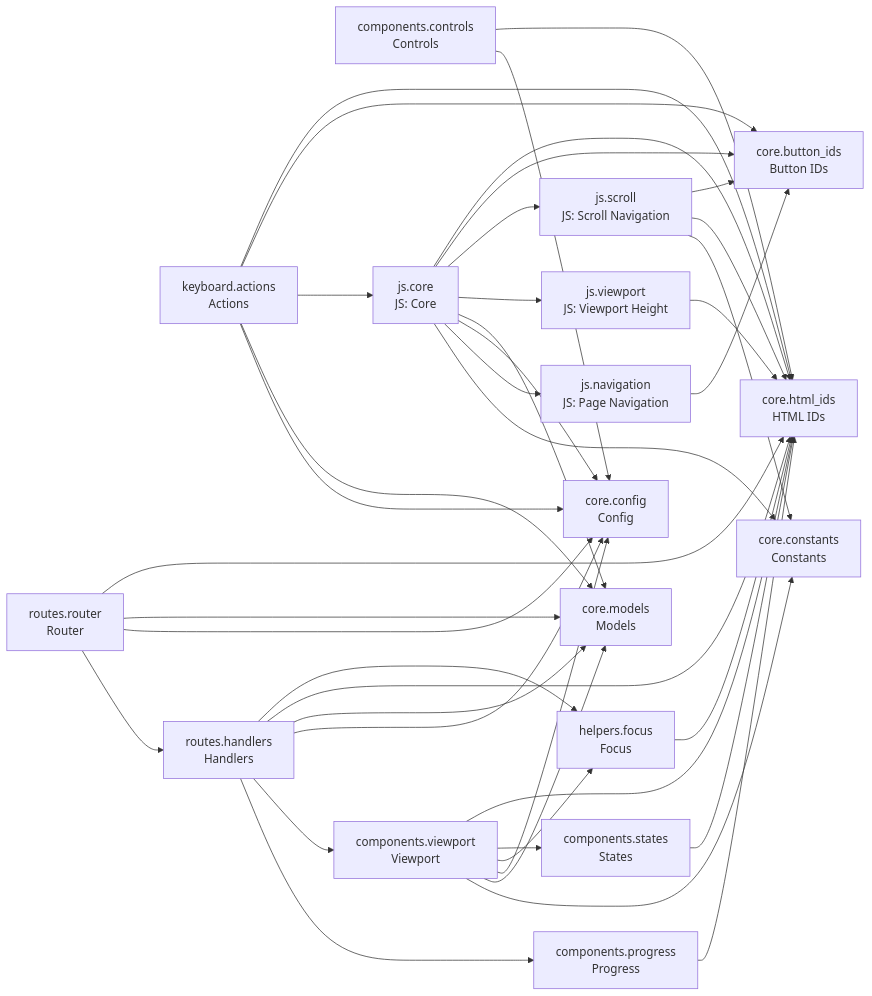
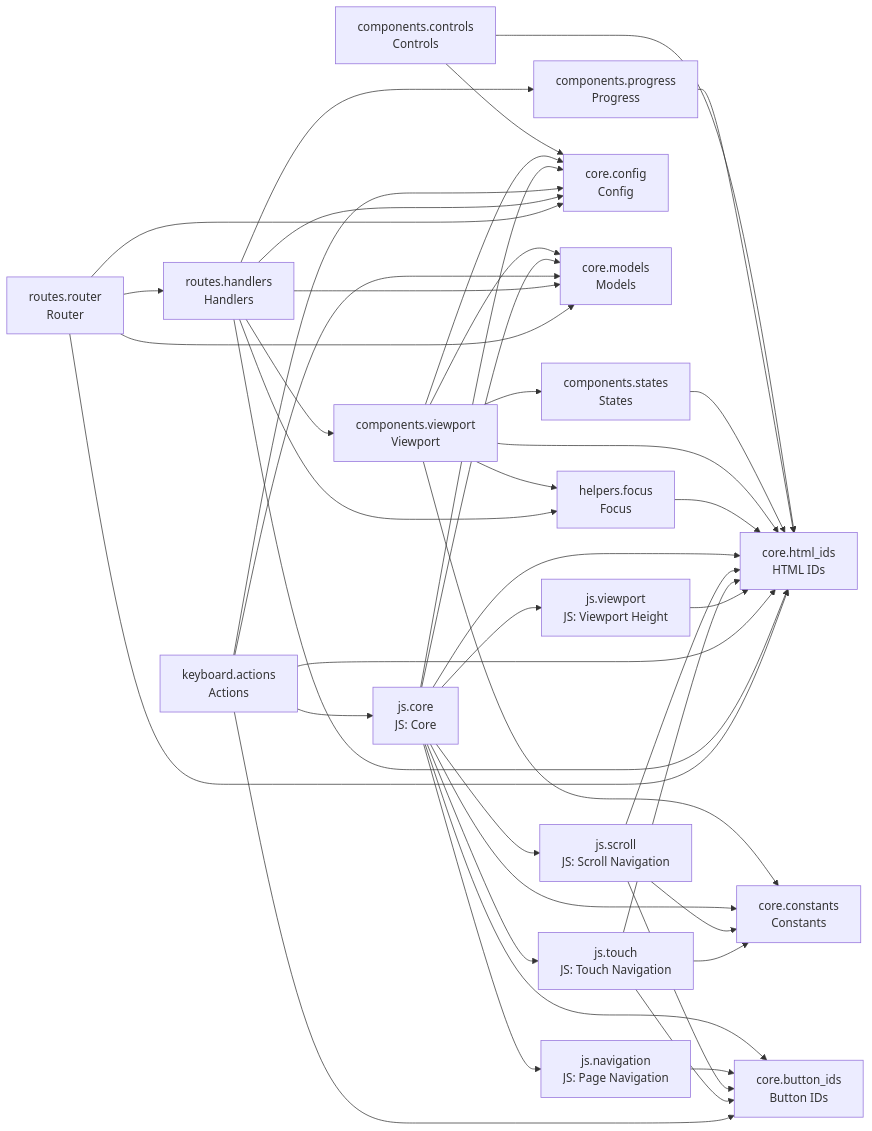
One commit to cj-mills/cjm-fasthtml-card-stack changed the diagram in README.md. Above: the diagram before and after it, drawn with Mermaid. The commit also changed other lines of this file and 10 other files, not shown here.

````diff
--- a/README.md
+++ b/README.md
@@ -43,60 +44,65 @@
 ``` mermaid
 graph LR
     components_controls[components.controls<br/>Controls]
     components_progress[components.progress<br/>Progress]
     components_states[components.states<br/>States]
     components_viewport[components.viewport<br/>Viewport]
     core_button_ids[core.button_ids<br/>Button IDs]
     core_config[core.config<br/>Config]
     core_constants[core.constants<br/>Constants]
     core_html_ids[core.html_ids<br/>HTML IDs]
     core_models[core.models<br/>Models]
     helpers_focus[helpers.focus<br/>Focus]
     js_core[js.core<br/>JS: Core]
     js_navigation[js.navigation<br/>JS: Page Navigation]
     js_scroll[js.scroll<br/>JS: Scroll Navigation]
+    js_touch[js.touch<br/>JS: Touch Navigation]
     js_viewport[js.viewport<br/>JS: Viewport Height]
     keyboard_actions[keyboard.actions<br/>Actions]
     routes_handlers[routes.handlers<br/>Handlers]
     routes_router[routes.router<br/>Router]
 
     components_controls --> core_config
     components_controls --> core_html_ids
     components_progress --> core_html_ids
     components_states --> core_html_ids
-    components_viewport --> core_constants
     components_viewport --> core_models
-    components_viewport --> core_config
     components_viewport --> helpers_focus
     components_viewport --> components_states
+    components_viewport --> core_constants
+    components_viewport --> core_config
     components_viewport --> core_html_ids
     helpers_focus --> core_html_ids
     js_core --> core_constants
+    js_core --> core_button_ids
+    js_core --> js_viewport
+    js_core --> js_touch
     js_core --> js_navigation
+    js_core --> core_models
     js_core --> core_config
-    js_core --> core_models
-    js_core --> js_viewport
     js_core --> js_scroll
-    js_core --> core_button_ids
     js_core --> core_html_ids
     js_navigation --> core_button_ids
     js_scroll --> core_constants
+    js_scroll --> core_button_ids
     js_scroll --> core_html_ids
-    js_scroll --> core_button_ids
+    js_touch --> core_constants
+    js_touch --> core_button_ids
+    js_touch --> core_html_ids
     js_viewport --> core_html_ids
+    keyboard_actions --> core_button_ids
+    keyboard_actions --> core_models
     keyboard_actions --> core_config
-    keyboard_actions --> core_models
     keyboard_actions --> js_core
-    keyboard_actions --> core_button_ids
     keyboard_actions --> core_html_ids
     routes_handlers --> components_progress
+    routes_handlers --> core_models
     routes_handlers --> components_viewport
+    routes_handlers --> helpers_focus
     routes_handlers --> core_config
-    routes_handlers --> core_models
     routes_handlers --> core_html_ids
-    routes_handlers --> helpers_focus
+    routes_router --> core_models
     routes_router --> routes_handlers
     routes_router --> core_config
-    routes_router --> core_models
     routes_router --> core_html_ids
 ```
````
